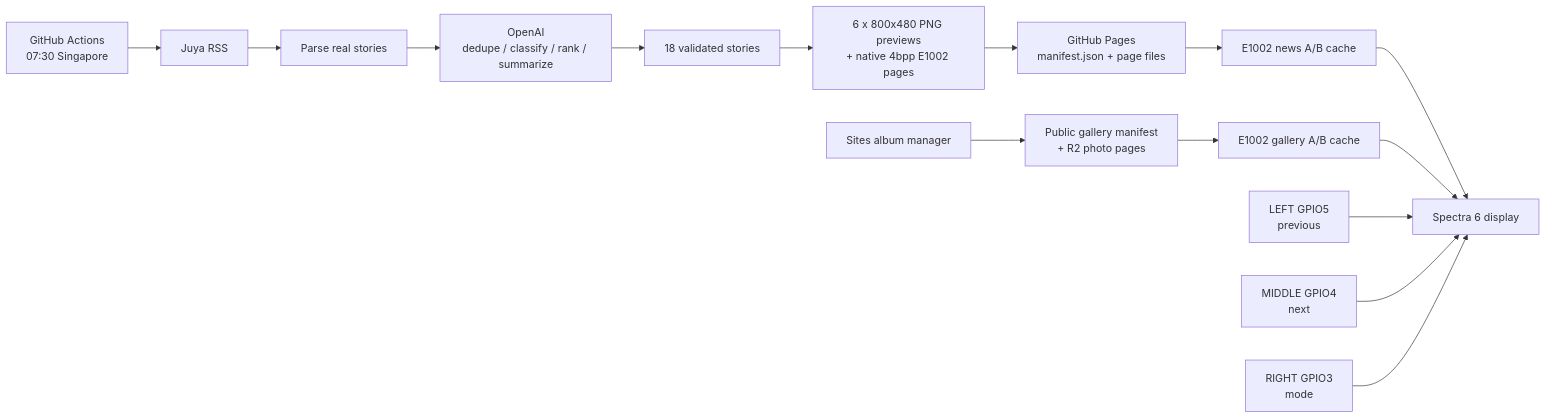
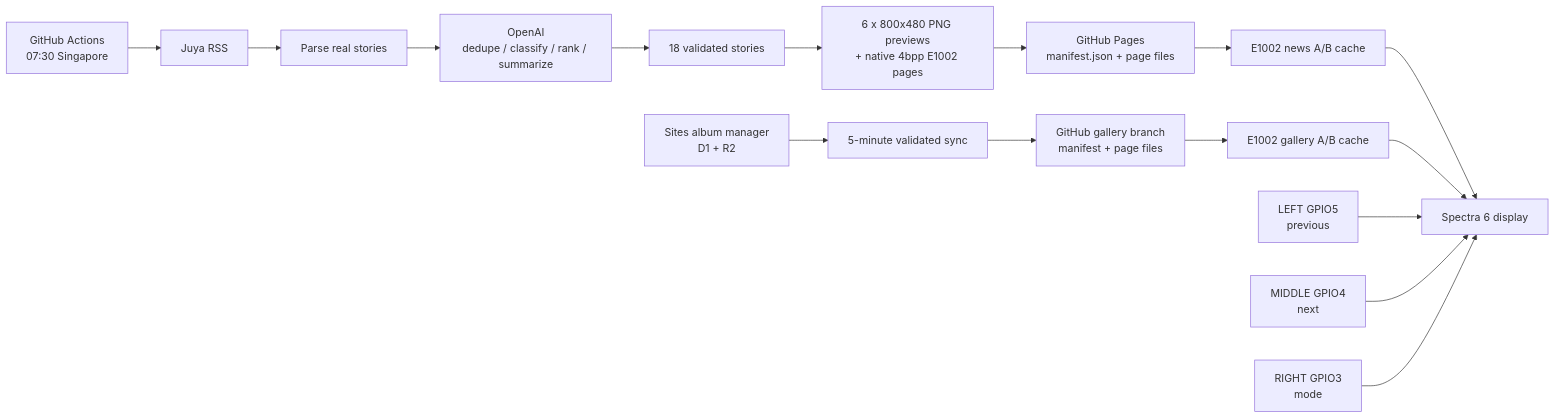
One commit to hunter118/e1002-ai-news changed the diagram in README.md. Above: the diagram before and after it, drawn with Mermaid. The commit also changed other lines of this file and 7 other files, not shown here.

Commit message:
Add validated gallery delivery mirror

````diff
--- a/README.md
+++ b/README.md
@@ -7,17 +7,18 @@
 ```mermaid
 flowchart LR
     A[GitHub Actions<br>07:30 Singapore] --> B[Juya RSS]
     B --> C[Parse real stories]
     C --> D[OpenAI<br>dedupe / classify / rank / summarize]
     D --> E[18 validated stories]
     E --> F[6 x 800x480 PNG previews<br>+ native 4bpp E1002 pages]
     F --> G[GitHub Pages<br>manifest.json + page files]
     G --> H[E1002 news A/B cache]
-    J[Sites album manager] --> K[Public gallery manifest<br>+ R2 photo pages]
-    K --> L[E1002 gallery A/B cache]
+    J[Sites album manager<br>D1 + R2] --> K[5-minute validated sync]
+    K --> P[GitHub gallery branch<br>manifest + page files]
+    P --> L[E1002 gallery A/B cache]
     H --> I[Spectra 6 display]
     L --> I
     M[LEFT GPIO5<br>previous] --> I
     N[MIDDLE GPIO4<br>next] --> I
     O[RIGHT GPIO3<br>mode] --> I
 ```
````
